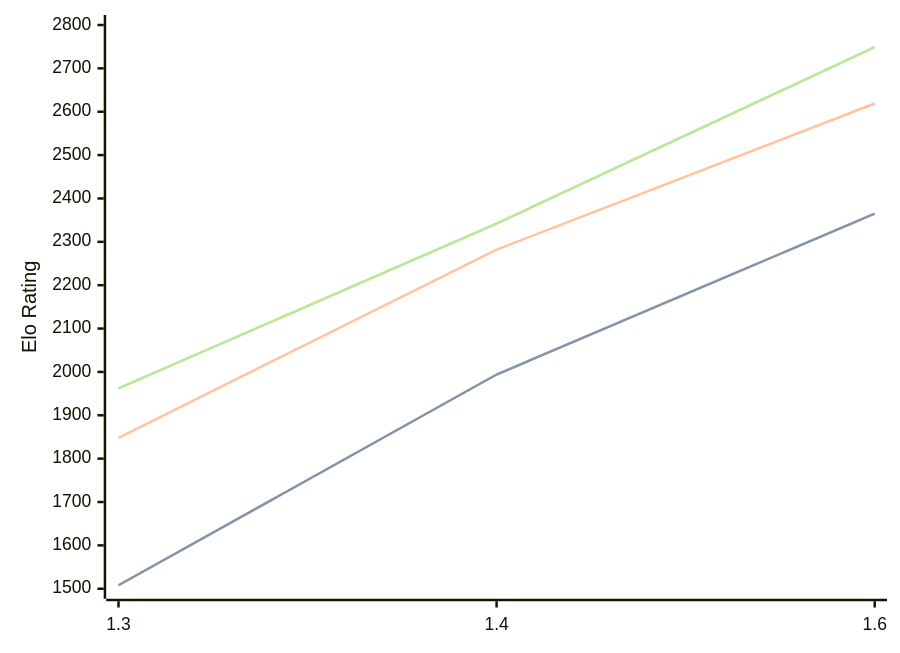
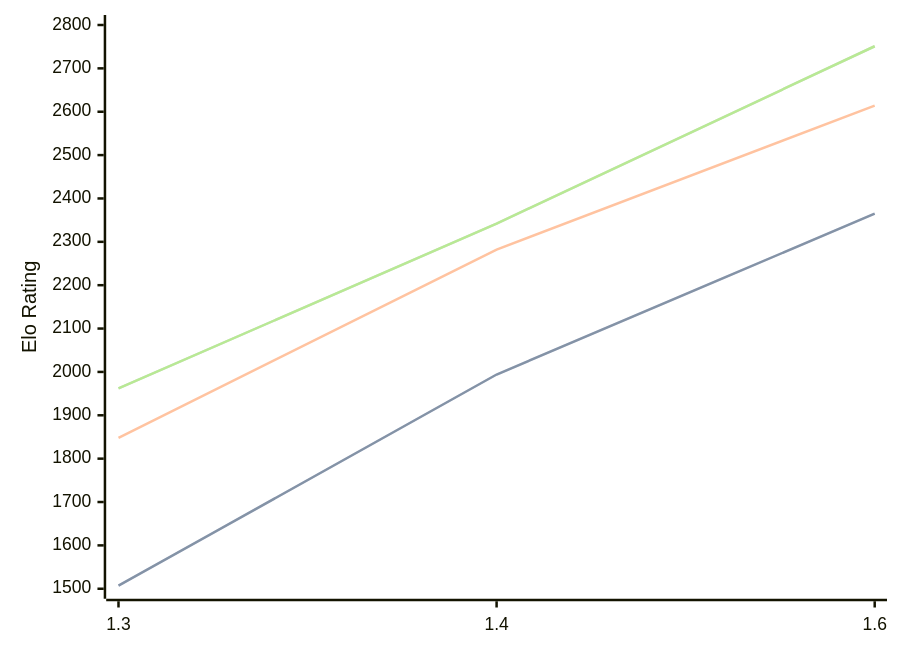
One commit to computer-chess-index/cci changed the third of 3 diagrams in engines/Facon.md. Above: the diagram before and after it, drawn with Mermaid. The commit also changed other lines of this file, not shown here.

Commit message:
Update CCI Ratings (ELO VLTC) - 2026-06-20

````diff
--- a/engines/Facon.md
+++ b/engines/Facon.md
@@ -70,11 +70,11 @@
 ```mermaid
 %%{init: {"theme":"base","themeVariables":{"seriesColors:['#a3a3a3','#222221','#faa371']}}}%%
 xychart-beta
   x-axis ["1.3", "1.4", "1.6"]
   y-axis "Elo Rating" 1500 --> 2800
-  line "STC (8.0+0.08s)" [1508, 1994, 2365]
-  line "STC (8.0+0.08s)" [1508, 1994, 2365]
-  line "LTC (60.0+0.60s)" [1848, 2282, 2619]
-  line "VLTC (2m24s+1.12s)" [1962, 2342, 2749]
-  line "VLTC (2m24s+1.12s)" [1962, 2342, 2749]
+  line "STC (8.0+0.08s)" [1507, 1994, 2365]
+  line "STC (8.0+0.08s)" [1507, 1994, 2365]
+  line "LTC (60.0+0.60s)" [1848, 2282, 2614]
+  line "VLTC (2m24s+1.12s)" [1962, 2342, 2751]
+  line "VLTC (2m24s+1.12s)" [1962, 2342, 2751]
 ```
````
